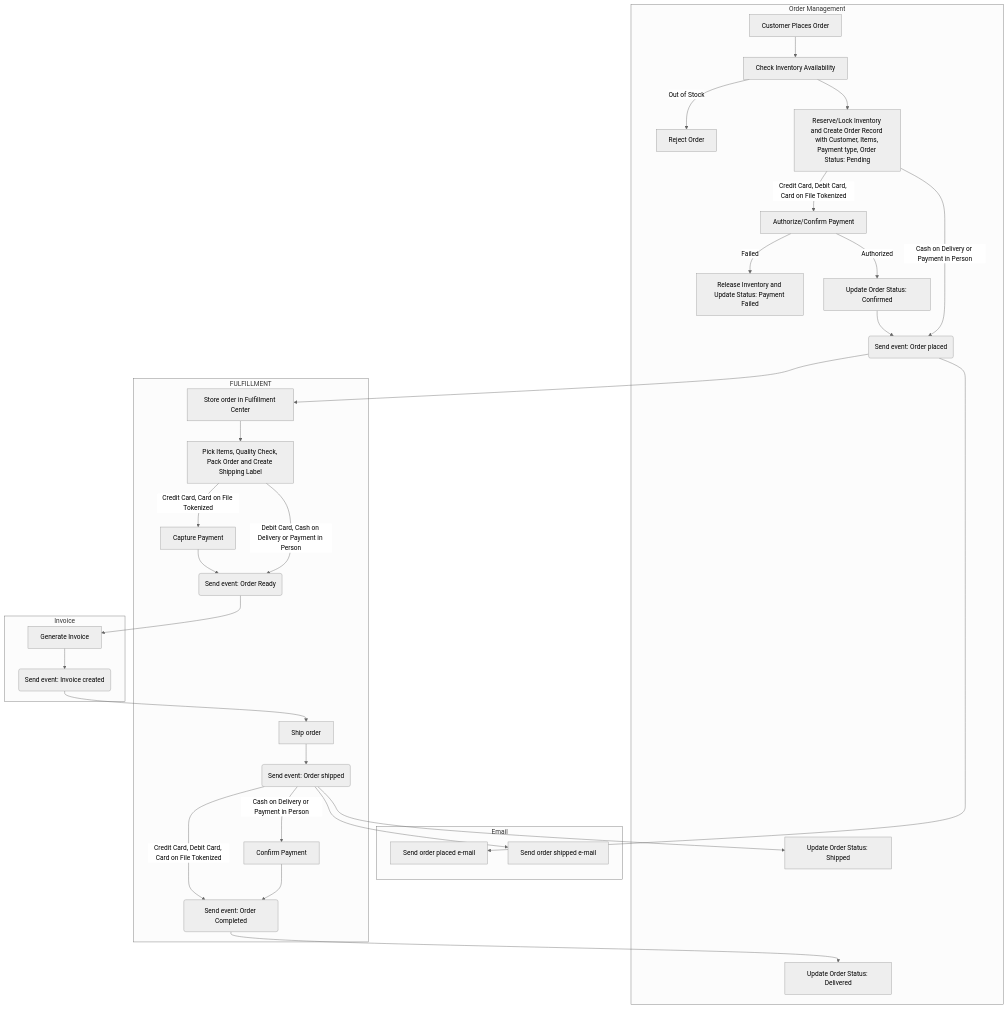
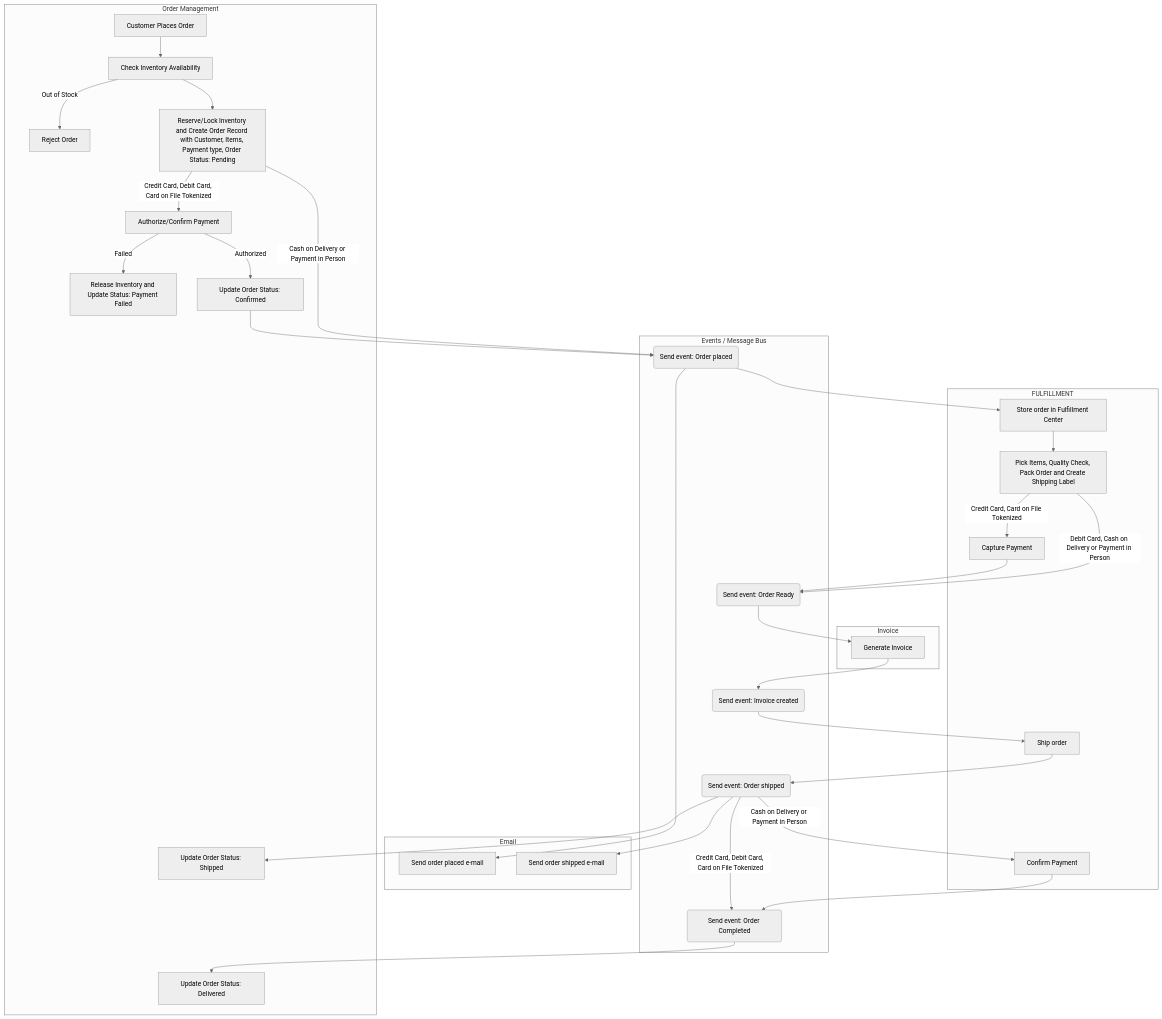
The diagram in README.md (RobertoFreireDev/Order-Management), drawn with Mermaid (neutral theme) before and after one commit.

Commit message:
add Message bus

````diff
--- a/README.md
+++ b/README.md
@@ -3,55 +3,59 @@
 ```mermaid
 flowchart TD
+
+    subgraph Events [Events / Message Bus]
+        H(Send event: Order placed)
+        M(Send event: Order Ready)
+        S(Send event: Invoice created)
+        P(Send event: Order shipped)
+        W(Send event: Order Completed)
+    end
 
     subgraph Order_Management [Order Management]
         A[Customer Places Order] --> B[Check Inventory Availability]
         B -->|Out of Stock| C[Reject Order]
         B --> D[Reserve/Lock Inventory and Create Order Record with Customer, Items, Payment type, Order Status: Pending]
         D --> |Credit Card, Debit Card, Card on File Tokenized| E[Authorize/Confirm Payment]
         E -->|Failed| F[Release Inventory and Update Status: Payment Failed]
         E -->|Authorized| G[Update Order Status: Confirmed]
-        G --> H(Send event: Order placed)
+        G --> H
         D --> |Cash on Delivery or Payment in Person| H
         N[Update Order Status: Shipped]
         R[Update Order Status: Delivered]
     end
 
     subgraph Email [Email]
         I[Send order placed e-mail]
         O[Send order shipped e-mail]
     end
 
     subgraph Fulfillment [FULFILLMENT]
         K[Store order in Fulfillment Center]
         L[Pick Items, Quality Check, Pack Order and Create Shipping Label]
         V[Capture Payment]
-        M(Send event: Order Ready)
         U[Ship order]
-        P(Send event: Order shipped)
         Q[Confirm Payment]
-        W(Send event: Order Completed) 
     end
 
     subgraph Invoice [Invoice]
         J[Generate Invoice]
-        S(Send event: Invoice created)
     end
 
-    %% Connections between groups
+    %% Connections between groups and events
     H --> I
     H --> K
     K --> L
     L --> |Credit Card, Card on File Tokenized| V
     V --> M
     L --> |Debit Card, Cash on Delivery or Payment in Person| M
     M --> J
     J --> S
     S --> U
     U --> P
     P --> O
     P --> N
     P --> |Cash on Delivery or Payment in Person| Q
     P --> |Credit Card, Debit Card, Card on File Tokenized| W
     Q --> W
     W --> R
 ```
````
